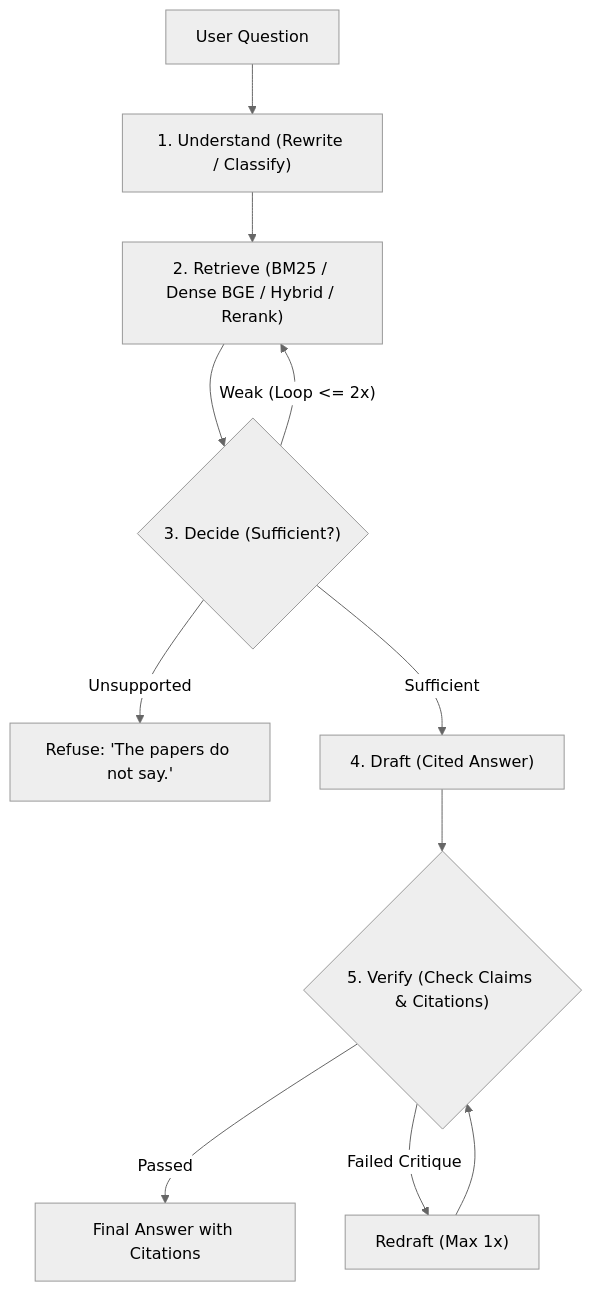
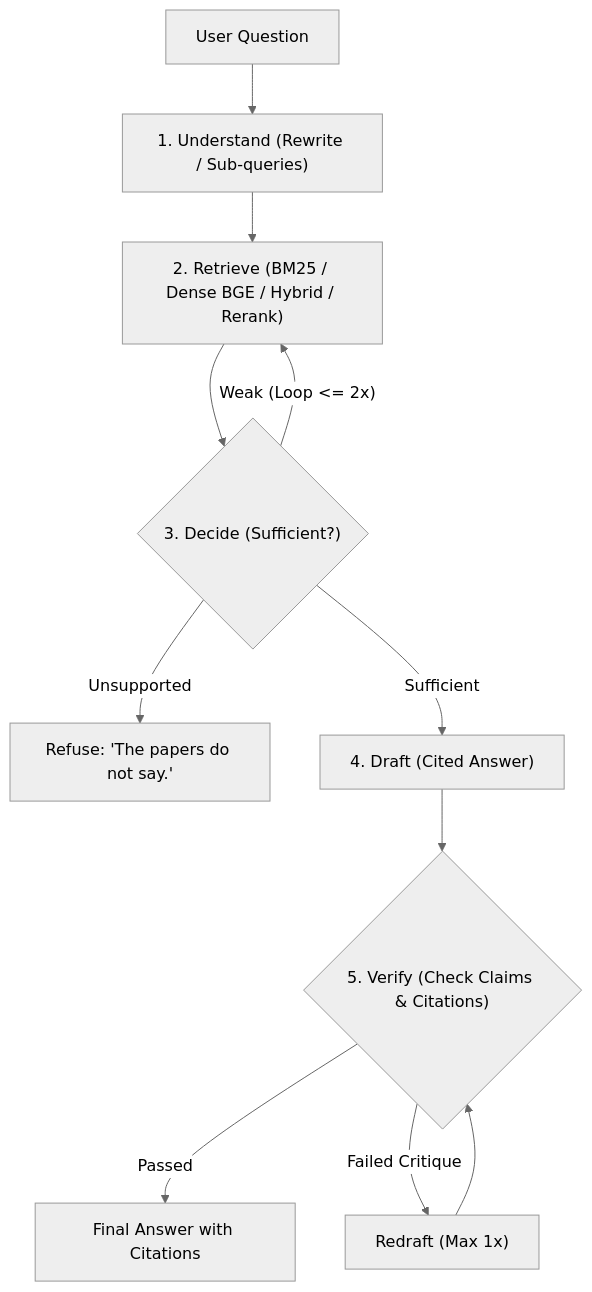
Before and after one commit to I-AmKrrish/Relay: the diagram in README.md, drawn with Mermaid (neutral theme). The commit also changed other lines of this file and 33 other files, not shown here.

````diff
--- a/README.md
+++ b/README.md
@@ -21,13 +21,13 @@
 ```mermaid
 flowchart TD
-    UserQuery["User Question"] --> S1["1. Understand (Rewrite / Classify)"]
+    UserQuery["User Question"] --> S1["1. Understand (Rewrite / Sub-queries)"]
     S1 --> S2["2. Retrieve (BM25 / Dense BGE / Hybrid / Rerank)"]
     S2 --> S3{"3. Decide (Sufficient?)"}
     S3 -- "Weak (Loop <= 2x)" --> S2
     S3 -- "Unsupported" --> Refusal["Refuse: 'The papers do not say.'"]
     S3 -- "Sufficient" --> S4["4. Draft (Cited Answer)"]
     S4 --> S5{"5. Verify (Check Claims & Citations)"}
     S5 -- "Passed" --> FinalAnswer["Final Answer with Citations"]
     S5 -- "Failed Critique" --> Redraft["Redraft (Max 1x)"]
     Redraft --> S5
 ```
````
